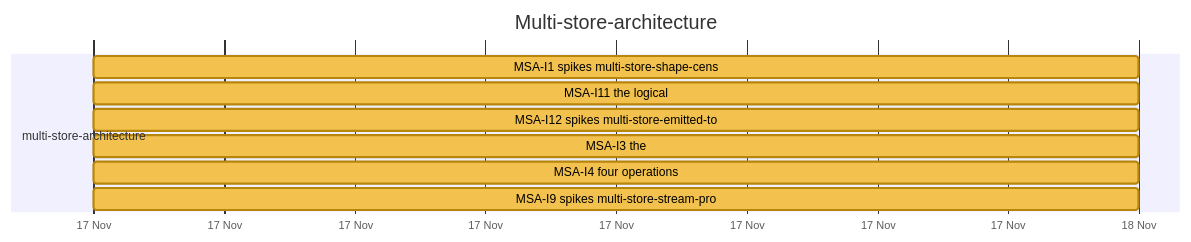
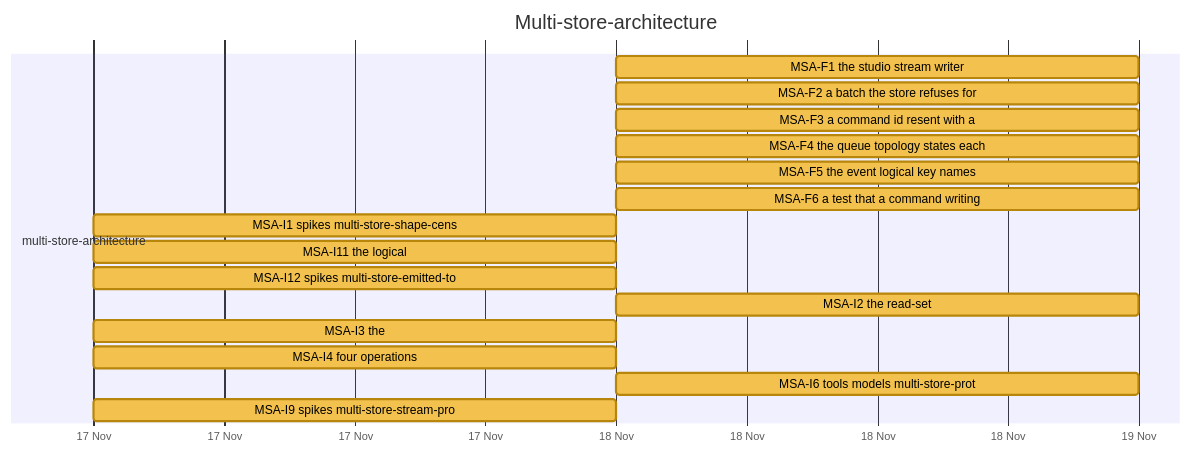
Diagram 11 of 32 in docs/developer/ROADMAP.md (nebularis/lattice), drawn with Mermaid before and after one commit. The commit also changed other lines of this file and 2 other files, not shown here.

First line of the commit message:
Hand off the multi-store fixes and investigations of 2026-11-18

````diff
--- a/docs/developer/ROADMAP.md
+++ b/docs/developer/ROADMAP.md
@@ -364,14 +364,22 @@
 ```mermaid
 %%{init: {"themeVariables": {"taskBkgColor": "#f2c14e", "taskBorderColor": "#b8860b", "taskTextColor": "#000000", "activeTaskBkgColor": "#4e9af1", "activeTaskBorderColor": "#1f5fbf", "activeTaskBorderColor": "#1f5fbf", "doneTaskBkgColor": "#8fcf8f", "doneTaskBorderColor": "#2f7d32", "critBkgColor": "#f28b82", "critBorderColor": "#b23a30", "taskTextDarkColor": "#000000", "taskTextLightColor": "#000000"}}}%%
 gantt
     title Multi-store-architecture
     dateFormat YYYY-MM-DD
     axisFormat %d %b
     section multi-store-architecture
+    MSA-F1 the studio stream writer :msaf1, 2026-11-18, 2026-11-19
+    MSA-F2 a batch the store refuses for :msaf2, 2026-11-18, 2026-11-19
+    MSA-F3 a command id resent with a :msaf3, 2026-11-18, 2026-11-19
+    MSA-F4 the queue topology states each :msaf4, 2026-11-18, 2026-11-19
+    MSA-F5 the event logical key names :msaf5, 2026-11-18, 2026-11-19
+    MSA-F6 a test that a command writing :msaf6, 2026-11-18, 2026-11-19
     MSA-I1 spikes multi-store-shape-cens :msai1, 2026-11-17, 2026-11-18
     MSA-I11 the logical :msai11, 2026-11-17, 2026-11-18
     MSA-I12 spikes multi-store-emitted-to :msai12, 2026-11-17, 2026-11-18
+    MSA-I2 the read-set :msai2, 2026-11-18, 2026-11-19
     MSA-I3 the :msai3, 2026-11-17, 2026-11-18
     MSA-I4 four operations :msai4, 2026-11-17, 2026-11-18
+    MSA-I6 tools models multi-store-prot :msai6, 2026-11-18, 2026-11-19
     MSA-I9 spikes multi-store-stream-pro :msai9, 2026-11-17, 2026-11-18
 ```
````
